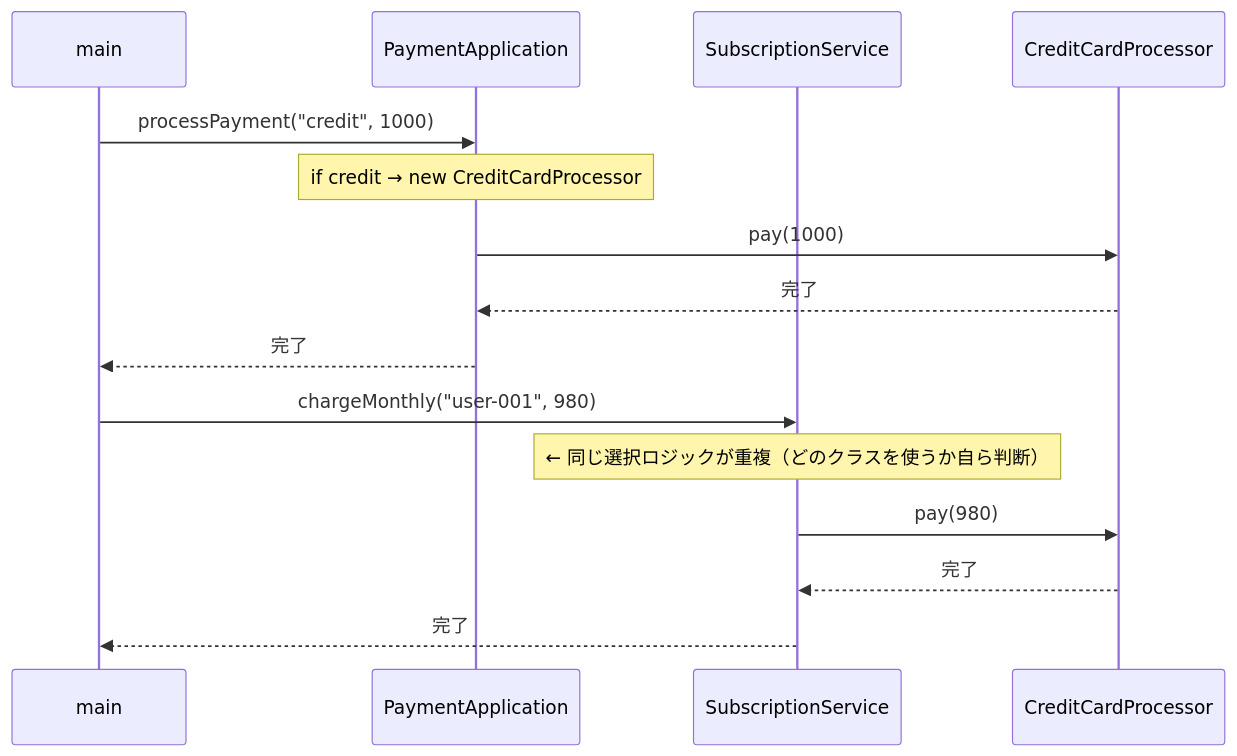
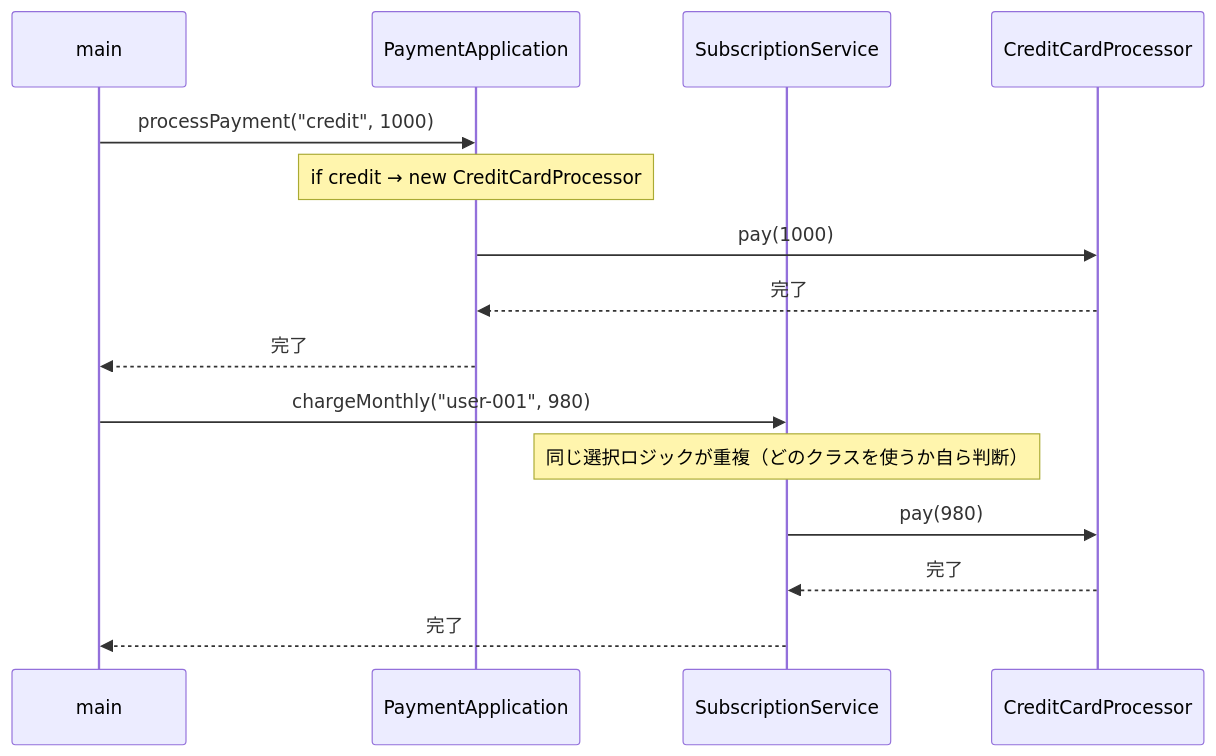
The seventh of 13 diagrams in kindle/design-patterns/output/chapter08.md (kumachan1101-pixel/DesignPattern), drawn with Mermaid before and after one commit. The commit also changed other lines of this file and 2 other files, not shown here.

````diff
--- a/kindle/design-patterns/output/chapter08.md
+++ b/kindle/design-patterns/output/chapter08.md
@@ -598,17 +683,17 @@
 ```mermaid
 sequenceDiagram
     participant main
     participant PA as PaymentApplication
     participant SS as SubscriptionService
     participant CC as CreditCardProcessor
     main->>PA: processPayment("credit", 1000)
     Note over PA: if credit → new CreditCardProcessor
     PA->>CC: pay(1000)
     CC-->>PA: 完了
     PA-->>main: 完了
     main->>SS: chargeMonthly("user-001", 980)
-    Note over SS: ← 同じ選択ロジックが重複（どのクラスを使うか自ら判断）
+    Note over SS: 同じ選択ロジックが重複（どのクラスを使うか自ら判断）
     SS->>CC: pay(980)
     CC-->>SS: 完了
     SS-->>main: 完了
 ```
````
